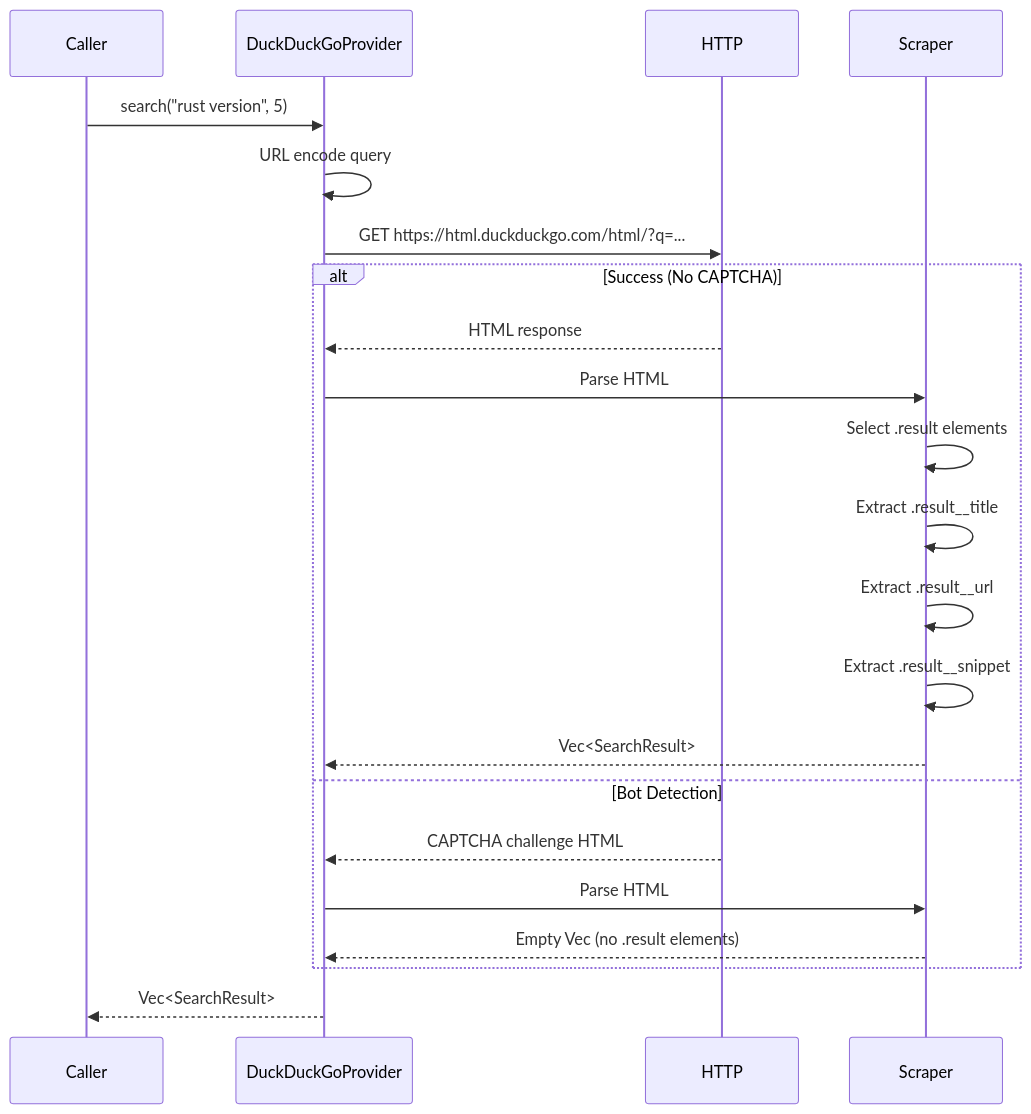
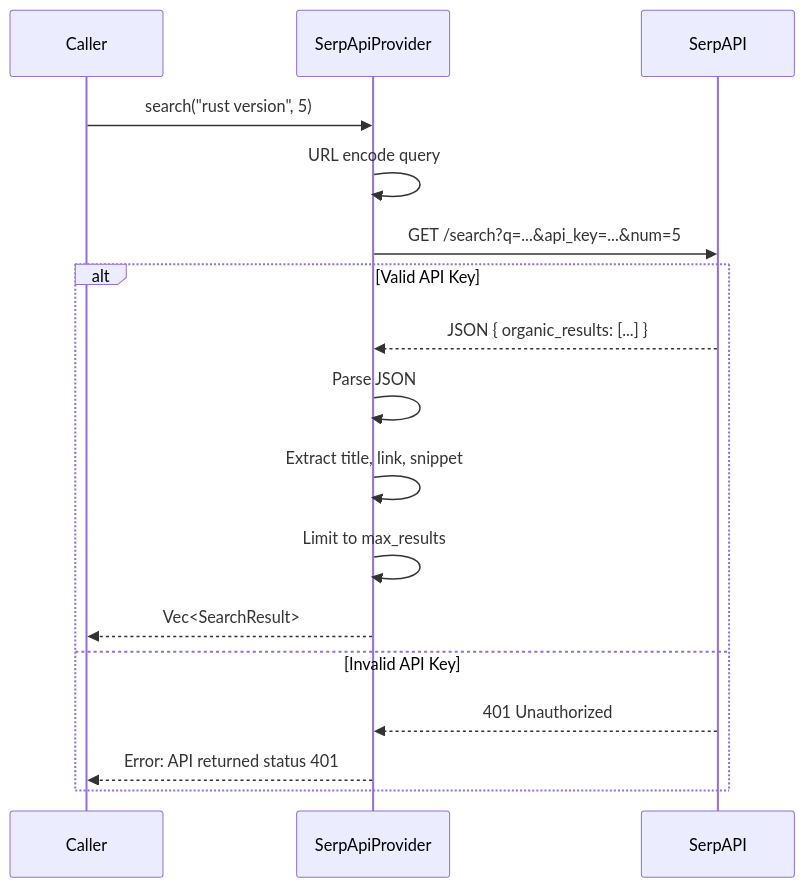
One commit to shapedthought/term-ai changed the seventh of 15 diagrams in ARCHITECTURE.md. Above: the diagram before and after it, drawn with Mermaid. The commit also changed other lines of this file and 4 other files, not shown here.

````diff
--- a/ARCHITECTURE.md
+++ b/ARCHITECTURE.md
@@ -377,27 +384,21 @@
 ```mermaid
 sequenceDiagram
     participant Caller
-    participant DDG as DuckDuckGoProvider
-    participant HTTP
-    participant Scraper
+    participant SerpApi as SerpApiProvider
+    participant API as SerpAPI
 
-    Caller->>DDG: search("rust version", 5)
-    DDG->>DDG: URL encode query
-    DDG->>HTTP: GET https://html.duckduckgo.com/html/?q=...
+    Caller->>SerpApi: search("rust version", 5)
+    SerpApi->>SerpApi: URL encode query
+    SerpApi->>API: GET /search?q=...&api_key=...&num=5
 
-    alt Success (No CAPTCHA)
-        HTTP-->>DDG: HTML response
-        DDG->>Scraper: Parse HTML
-        Scraper->>Scraper: Select .result elements
-        Scraper->>Scraper: Extract .result__title
-        Scraper->>Scraper: Extract .result__url
-        Scraper->>Scraper: Extract .result__snippet
-        Scraper-->>DDG: Vec<SearchResult>
-    else Bot Detection
-        HTTP-->>DDG: CAPTCHA challenge HTML
-        DDG->>Scraper: Parse HTML
-        Scraper-->>DDG: Empty Vec (no .result elements)
+    alt Valid API Key
+        API-->>SerpApi: JSON { organic_results: [...] }
+        SerpApi->>SerpApi: Parse JSON
+        SerpApi->>SerpApi: Extract title, link, snippet
+        SerpApi->>SerpApi: Limit to max_results
+        SerpApi-->>Caller: Vec<SearchResult>
+    else Invalid API Key
+        API-->>SerpApi: 401 Unauthorized
+        SerpApi-->>Caller: Error: API returned status 401
     end
-
-    DDG-->>Caller: Vec<SearchResult>
 ```
````
